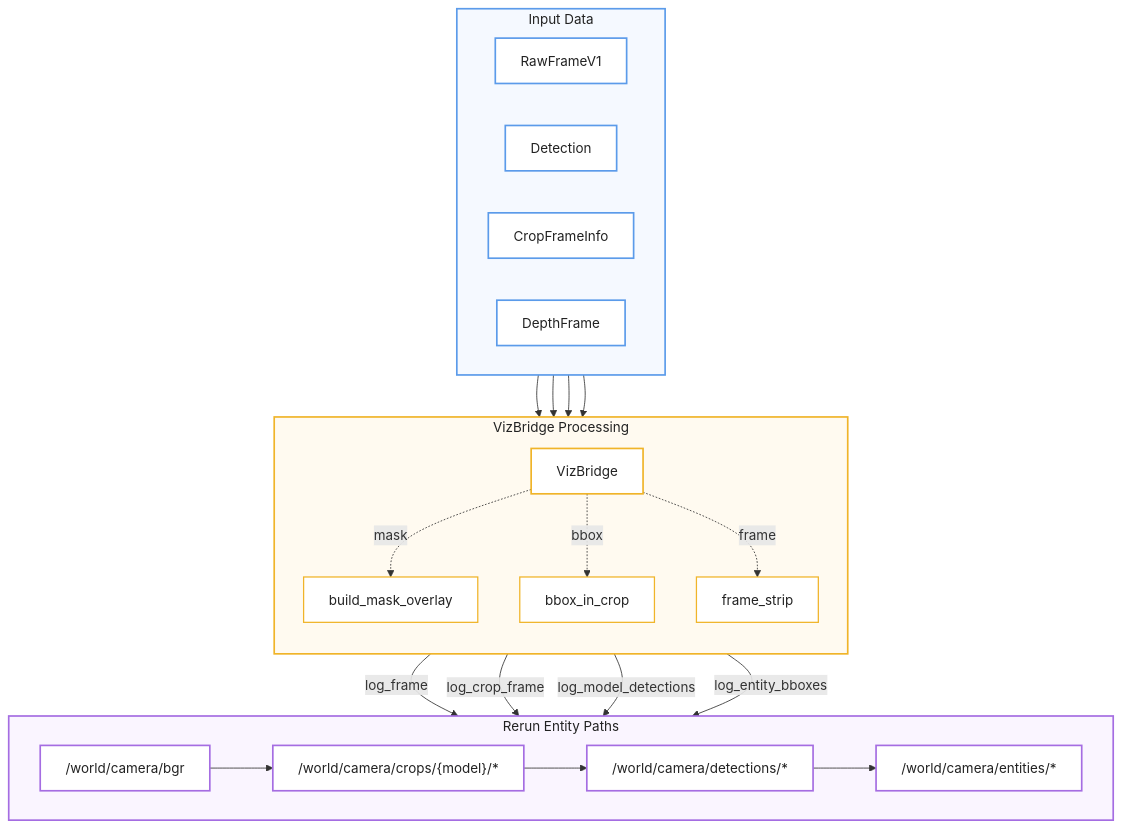
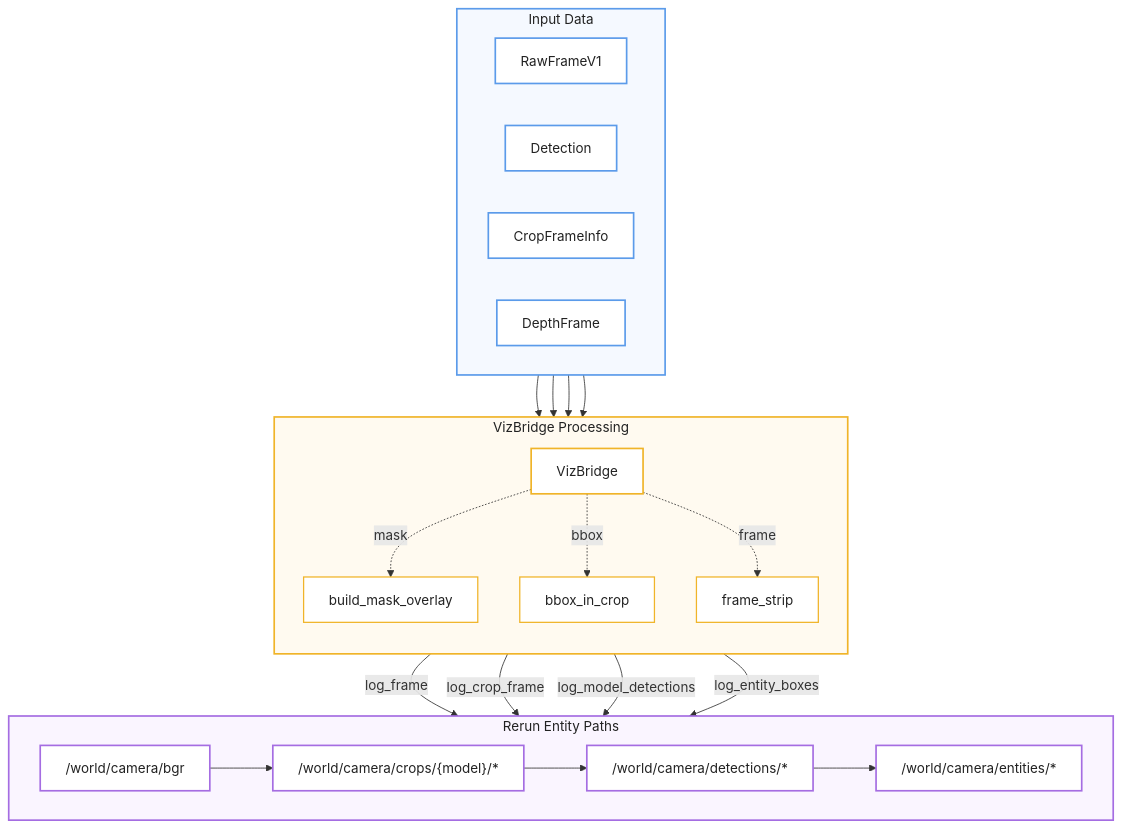
Before and after one commit to e7canasta/mana-lite: the first of 2 diagrams in docs/wiki/6.1-frame-and-detection-rendering.md, drawn with Mermaid. The commit also changed other lines of this file and 92 other files, not shown here.

```diff
--- a/docs/wiki/6.1-frame-and-detection-rendering.md
+++ b/docs/wiki/6.1-frame-and-detection-rendering.md
@@ -91,7 +91,7 @@
     VIZ -->|log_frame| BGR
     VIZ -->|log_crop_frame| CROPS
     VIZ -->|log_model_detections| DETECTIONS
-    VIZ -->|log_entity_bboxes| ENTITIES
+    VIZ -->|log_entity_boxes| ENTITIES
 
     %% ─────────────────────────────
     %% Entity path flow
```
